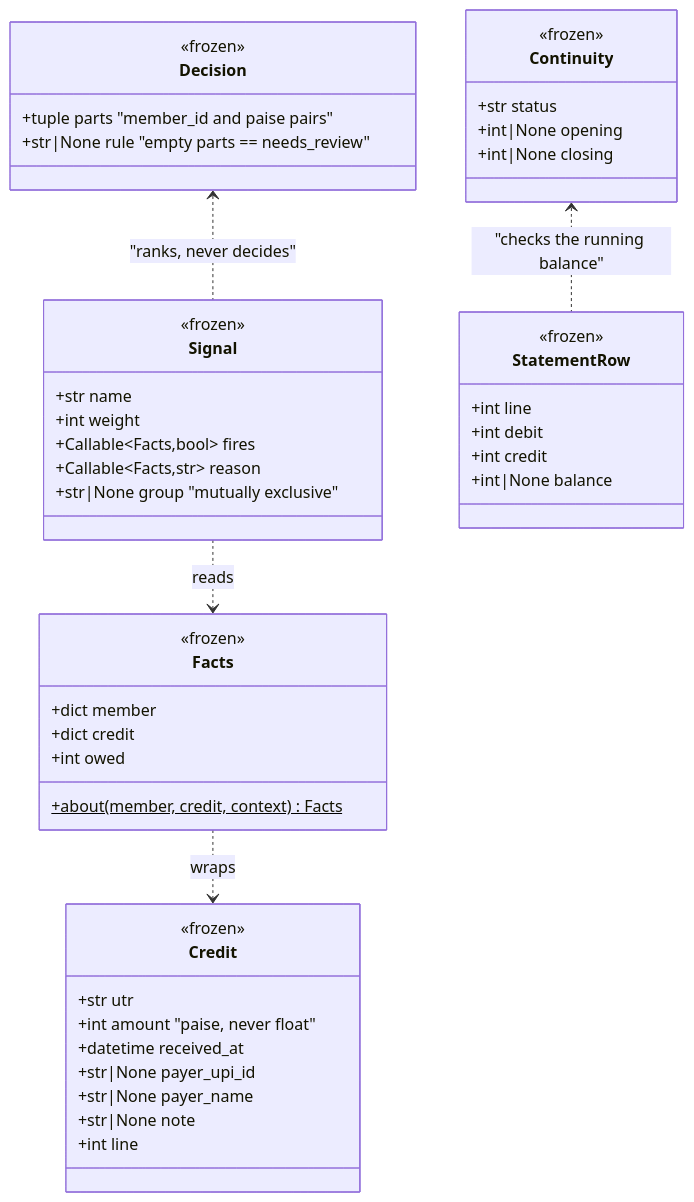
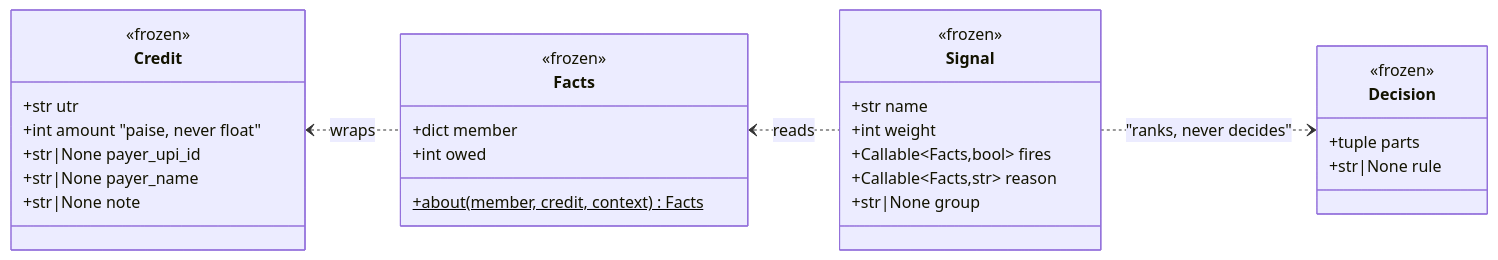
The second of 4 diagrams in README.md (SrijaMalhar/PaySleuth), drawn with Mermaid before and after one commit. The commit also changed other lines of this file, not shown here.

Commit message:
Lay the diagrams out so they fit the page
The object model rendered as a column: six classes in two disconnected groups,
and Mermaid stacks what it cannot relate. At page width it was taller than a
screen for four boxes of content.

It is the four types of the matching path now -- Credit, Facts, Signal,
Decision -- flowing left to right in the order the data does, from what the
bank said to what gets written. StatementRow and Continuity went with it;
they are the parsing side, they were the disconnected second group, and
docs/concurrency.md already covers them. 999px of page became 151.

Comparing the four diagrams to size that one turned up a worse offender: the
layer graph was 0.90 wide-to-tall, ten subgraphs stacked into a column, which
is a list pretending to be a diagram. Flowing it left to right makes the arrow
read the way the dependency points and puts the pure layer at the end where it
belongs. 999px to 262.

Ratios now 2.2, 5.9, 1.3 and 3.4. The sequence diagram is the tall one and
should be: it is a sequence.

````diff
--- a/README.md
+++ b/README.md
@@ -98,51 +102,35 @@
 ```mermaid
 classDiagram
+    direction LR
     class Credit {
         <<frozen>>
         +str utr
         +int amount "paise, never float"
-        +datetime received_at
         +str|None payer_upi_id
         +str|None payer_name
         +str|None note
-        +int line
-    }
-    class Decision {
-        <<frozen>>
-        +tuple parts "member_id and paise pairs"
-        +str|None rule "empty parts == needs_review"
     }
     class Facts {
         <<frozen>>
         +dict member
-        +dict credit
         +int owed
         +about(member, credit, context)$ Facts
     }
     class Signal {
         <<frozen>>
         +str name
         +int weight
         +Callable~Facts,bool~ fires
         +Callable~Facts,str~ reason
-        +str|None group "mutually exclusive"
+        +str|None group
     }
-    class StatementRow {
+    class Decision {
         <<frozen>>
-        +int line
-        +int debit
-        +int credit
-        +int|None balance
-    }
-    class Continuity {
-        <<frozen>>
-        +str status
-        +int|None opening
-        +int|None closing
+        +tuple parts
+        +str|None rule
     }
 
-    Signal ..> Facts : reads
-    Facts ..> Credit : wraps
-    Decision <.. Signal : "ranks, never decides"
-    Continuity <.. StatementRow : "checks the running balance"
+    Credit <.. Facts : wraps
+    Facts <.. Signal : reads
+    Signal ..> Decision : "ranks, never decides"
 ```
````
